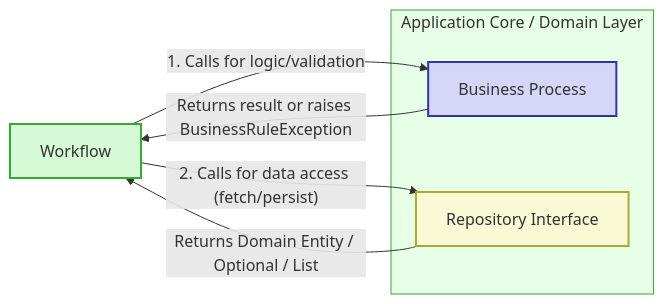
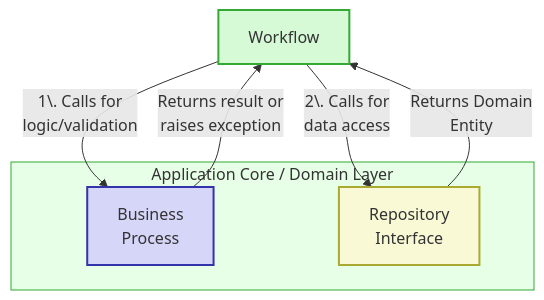
The second of 4 diagrams in architecture-guide.md (bluedevilx/ai-driven-development), drawn with Mermaid before and after one commit.

````diff
--- a/architecture-guide.md
+++ b/architecture-guide.md
@@ -183,24 +183,30 @@
 ```mermaid
-flowchart LR
+flowchart TD
     WF[Workflow]
     
     subgraph DomainLayer["Application Core / Domain Layer"]
-        BP[Business Process]
-        RI[Repository Interface]
-    end
+        BP[Business 
+        Process]
+        RI[Repository 
+        Interface]
+    end      
     
-    WF -->|"1. Calls for logic/validation"| BP
-    WF -->|"2. Calls for data access (fetch/persist)"| RI
-    BP -->|"Returns result or raises BusinessRuleException"| WF
-    RI -->|"Returns Domain Entity / Optional / List"| WF
+    WF -->|"1\. Calls for 
+    logic/validation"| BP
+    WF -->|"2\. Calls for 
+    data access"| RI
+    BP -->|"Returns result or 
+    raises exception"| WF
+    RI -->|"Returns Domain 
+    Entity"| WF
     
     classDef workflow fill:#d6f9d6,stroke:#3a3,stroke-width:2px
     classDef bp fill:#d6d6f9,stroke:#33a,stroke-width:2px
     classDef repo fill:#f9f9d6,stroke:#aa3,stroke-width:2px
     classDef domain fill:#e6ffe6,stroke:#3a3,stroke-width:1px
     
     class WF workflow
     class BP bp
     class RI repo
     class DomainLayer domain
 ```
````
